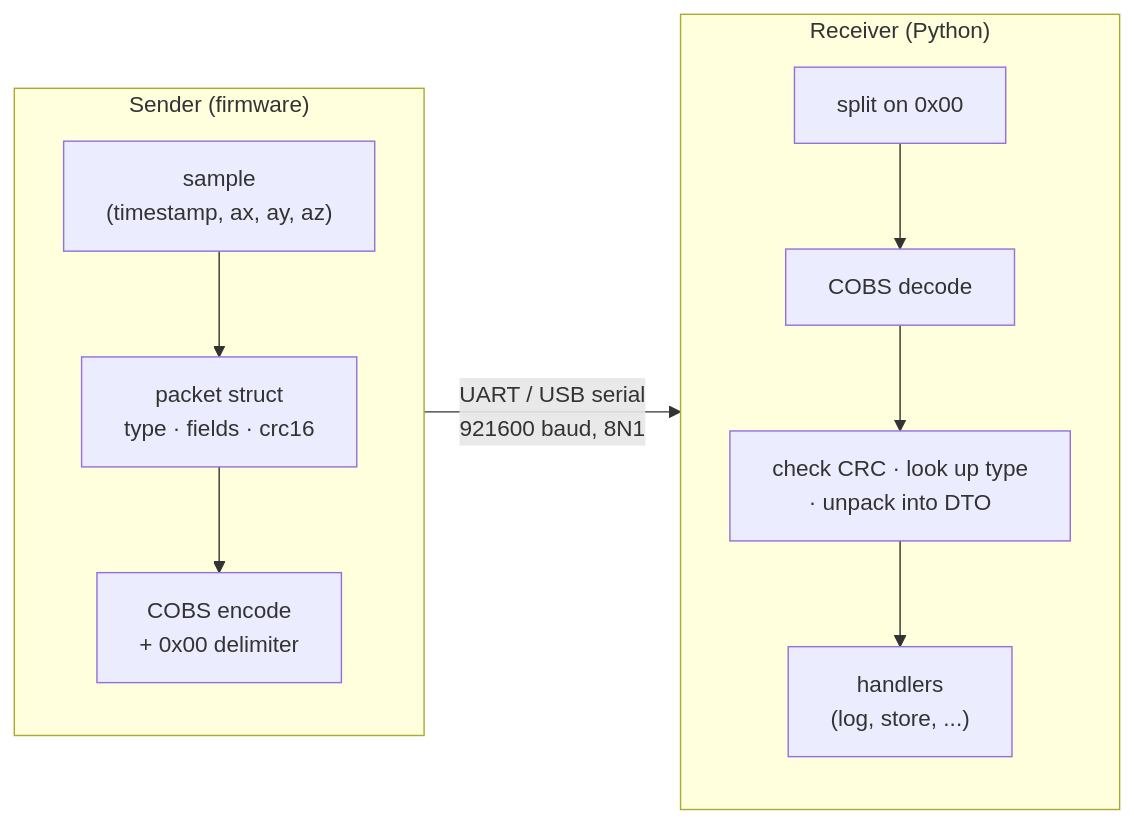
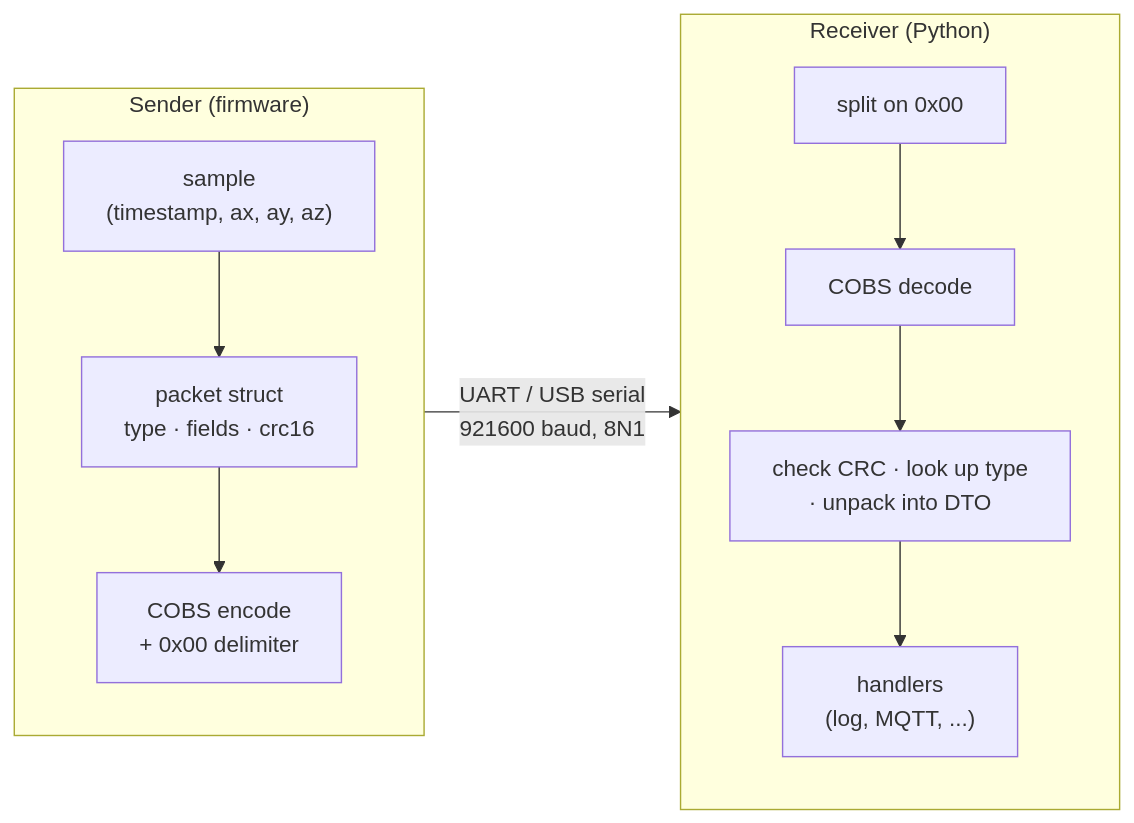
One commit to dipi-unimore/iot-embedded-serial-communication changed the second of 5 diagrams in README.md. Above: the diagram before and after it, drawn with Mermaid. The commit also changed other lines of this file and 30 other files, not shown here.

````diff
--- a/README.md
+++ b/README.md
@@ -142,15 +155,15 @@
 ```mermaid
 flowchart LR
     subgraph sender["Sender (firmware)"]
         direction TB
         A["sample<br/>(timestamp, ax, ay, az)"] --> B["packet struct<br/>type · fields · crc16"]
         B --> C["COBS encode<br/>+ 0x00 delimiter"]
     end
     subgraph receiver["Receiver (Python)"]
         direction TB
         D["split on 0x00"] --> E["COBS decode"]
         E --> F["check CRC · look up type<br/>· unpack into DTO"]
-        F --> G["handlers<br/>(log, store, ...)"]
+        F --> G["handlers<br/>(log, MQTT, ...)"]
     end
     C -- "UART / USB serial<br/>921600 baud, 8N1" --> D
 ```
````
